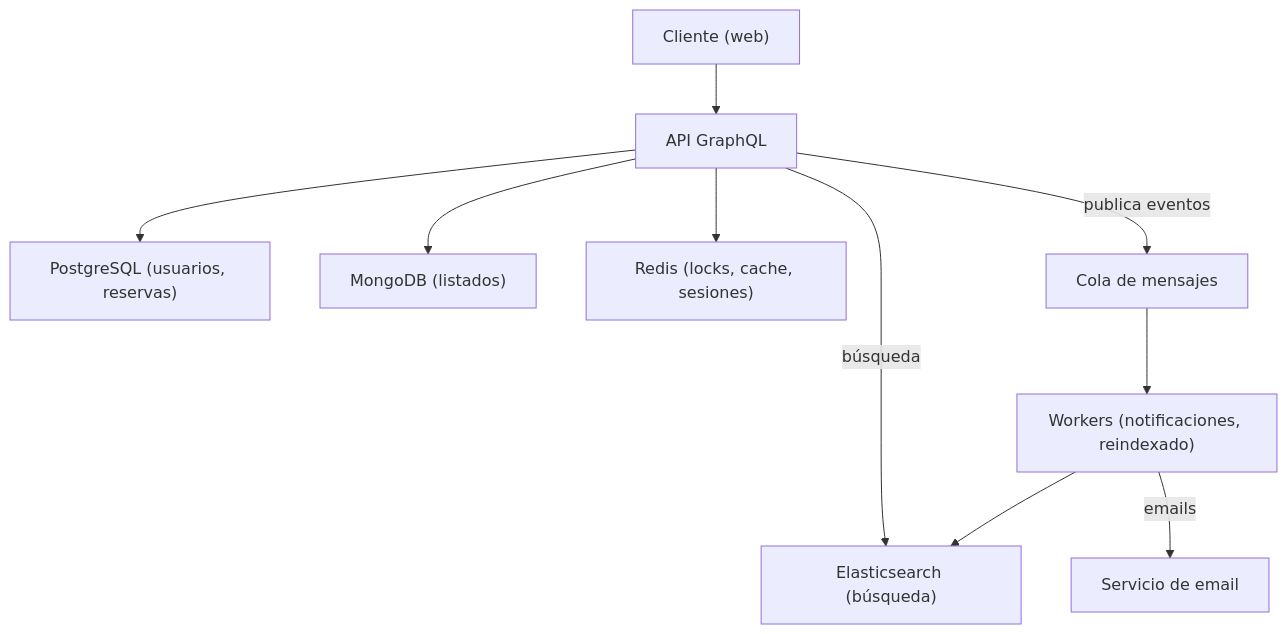
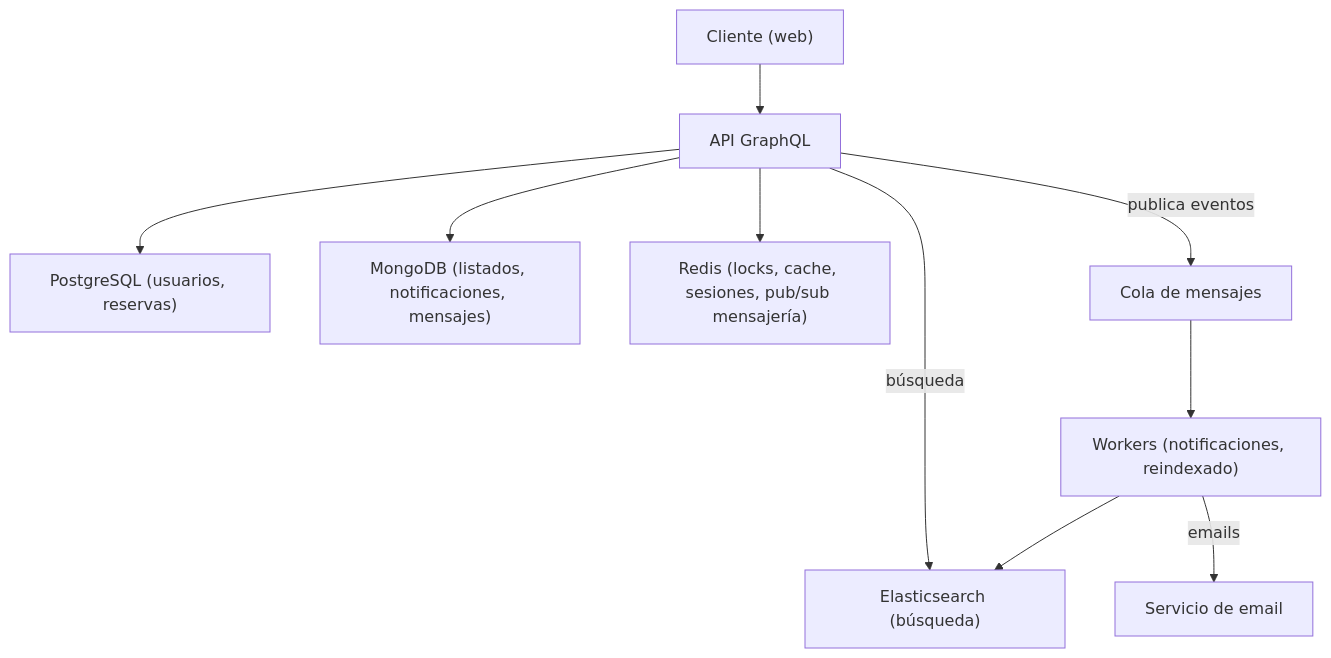
Before and after one commit to agustisera1/bookings_app: the fifth of 6 diagrams in docs/PROYECTO_B_MARKETPLACE.md, drawn with Mermaid. The commit also changed other lines of this file, not shown here.

Commit message:
docs: update project roadmap

````diff
--- a/docs/PROYECTO_B_MARKETPLACE.md
+++ b/docs/PROYECTO_B_MARKETPLACE.md
@@ -153,21 +188,21 @@
 ```mermaid
 flowchart TB
   Client["Cliente (web)"]
   API["API GraphQL"]
   PG["PostgreSQL (usuarios, reservas)"]
-  Mongo["MongoDB (listados)"]
-  Redis["Redis (locks, cache, sesiones)"]
+  Mongo["MongoDB (listados, notificaciones, mensajes)"]
+  Redis["Redis (locks, cache, sesiones, pub/sub mensajería)"]
   ES["Elasticsearch (búsqueda)"]
   Queue["Cola de mensajes"]
   Worker["Workers (notificaciones, reindexado)"]
 
   Client --> API
   API --> PG
   API --> Mongo
   API --> Redis
   API -->|"búsqueda"| ES
   API -->|"publica eventos"| Queue
   Queue --> Worker
   Worker --> ES
   Worker -->|"emails"| Notif["Servicio de email"]
 ```
````
